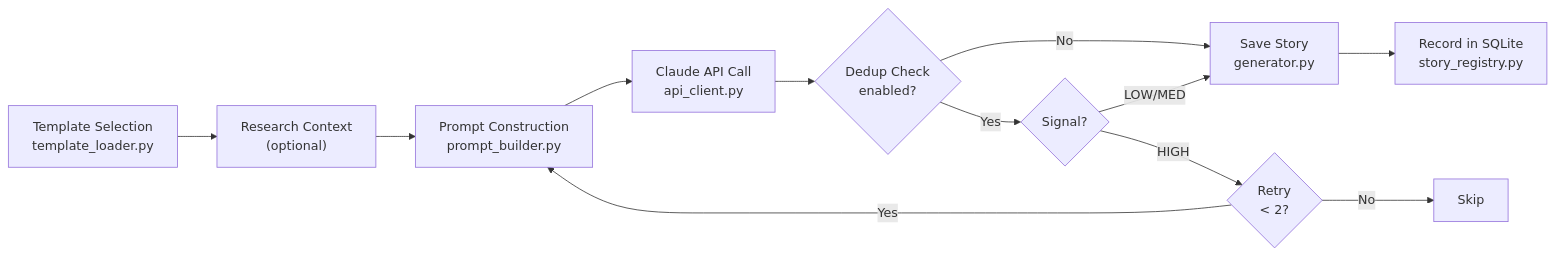
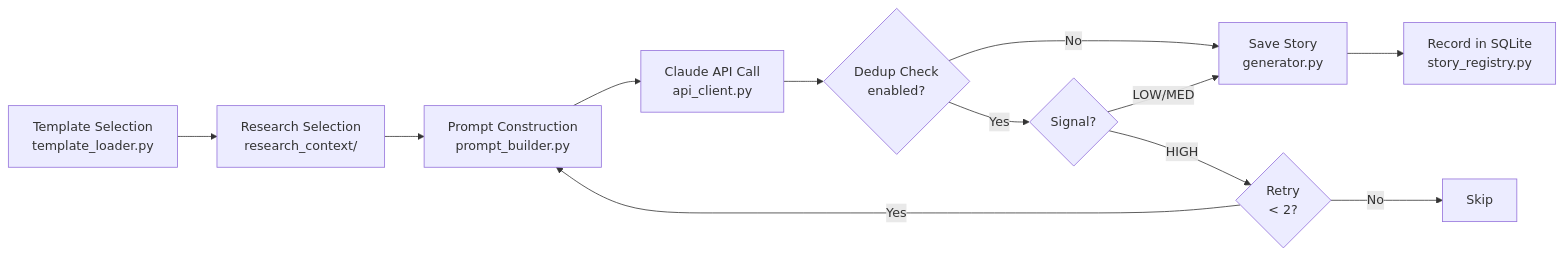
The second of 5 diagrams in docs/core/ARCHITECTURE.md (VinylStage/horror-story-generator), drawn with Mermaid before and after one commit. The commit also changed other lines of this file and 4 other files, not shown here.

````diff
--- a/docs/core/ARCHITECTURE.md
+++ b/docs/core/ARCHITECTURE.md
@@ -77,14 +77,14 @@
 ```mermaid
 flowchart LR
-    A["Template Selection<br/>template_loader.py"] --> B["Research Context<br/>(optional)"]
+    A["Template Selection<br/>template_loader.py"] --> B["Research Selection<br/>research_context/"]
     B --> C["Prompt Construction<br/>prompt_builder.py"]
     C --> D["Claude API Call<br/>api_client.py"]
     D --> E{"Dedup Check<br/>enabled?"}
     E -->|No| G["Save Story<br/>generator.py"]
     E -->|Yes| F{"Signal?"}
     F -->|LOW/MED| G
     F -->|HIGH| H{"Retry<br/>< 2?"}
     H -->|Yes| C
     H -->|No| I["Skip"]
     G --> J["Record in SQLite<br/>story_registry.py"]
 ```
````
